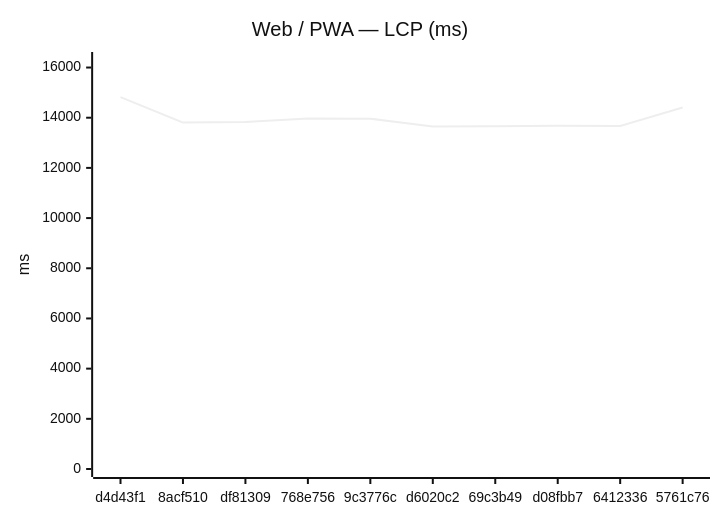
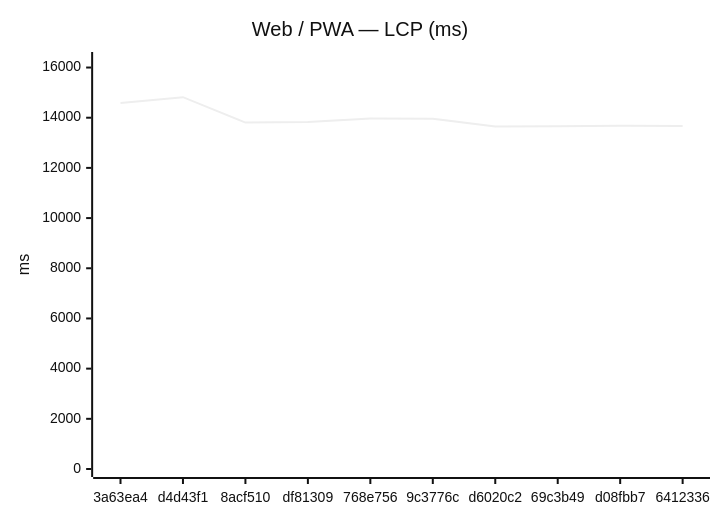
The first of 18 diagrams in benchmarks/compare.md (Metaheurist/Rianell), drawn with Mermaid (neutral theme) before and after one commit. The commit also changed other lines of this file and 11 other files, not shown here.

````diff
--- a/benchmarks/compare.md
+++ b/benchmarks/compare.md
@@ -24,7 +24,7 @@
 ```mermaid
 xychart-beta
     title "Web / PWA — LCP (ms)"
-    x-axis ["d4d43f1", "8acf510", "df81309", "768e756", "9c3776c", "d6020c2", "69c3b49", "d08fbb7", "6412336", "5761c76"]
+    x-axis ["3a63ea4", "d4d43f1", "8acf510", "df81309", "768e756", "9c3776c", "d6020c2", "69c3b49", "d08fbb7", "6412336"]
     y-axis "ms" 0 --> 16300
-    line [14818, 13807, 13825, 13971, 13962, 13654, 13664, 13678, 13670, 14406]
+    line [14588, 14818, 13807, 13825, 13971, 13962, 13654, 13664, 13678, 13670]
 ```
````
